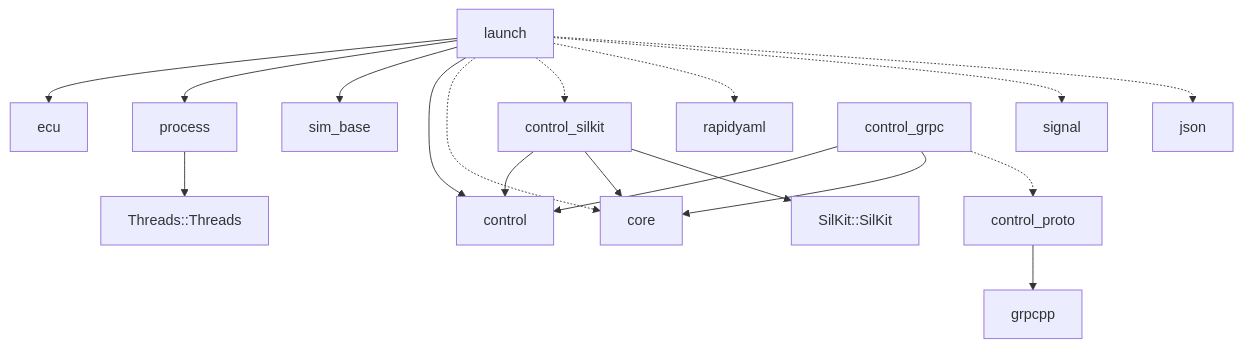
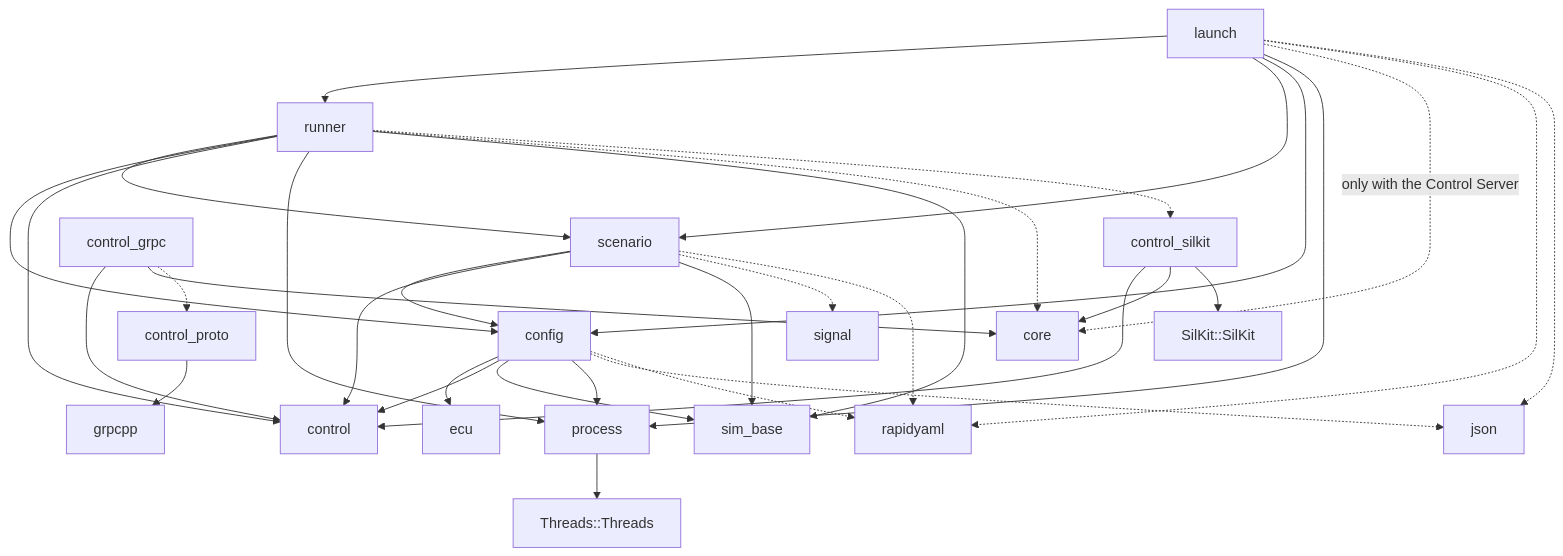
Before and after one commit to rahanahu/vehicle-sil: the diagram in docs/code-map-control.md, drawn with Mermaid. The commit also changed other lines of this file and 127 other files, not shown here.

````diff
--- a/docs/code-map-control.md
+++ b/docs/code-map-control.md
@@ -113,20 +113,36 @@
 ```mermaid
 flowchart TD
-    launch --> ecu
+    launch --> runner
+    launch --> scenario
+    launch --> config
     launch --> process
-    launch --> sim_base
-    launch --> control
-    launch -.-> core
-    launch -.-> control_silkit
+    launch -.->|"only with the Control Server"| core
     launch -.-> rapidyaml
-    launch -.-> signal
     launch -.-> json
+    runner --> scenario
+    runner --> config
+    runner --> control
+    runner --> process
+    runner --> sim_base
+    runner -.-> core
+    runner -.-> control_silkit
+    scenario --> config
+    scenario --> control
+    scenario --> sim_base
+    scenario -.-> signal
+    scenario -.-> rapidyaml
+    config --> ecu
+    config --> control
+    config --> sim_base
+    config --> process
+    config -.-> json
+    config -.-> rapidyaml
     process --> Threads["Threads::Threads"]
     control_silkit --> control
     control_silkit --> core
     control_silkit --> SilKit["SilKit::SilKit"]
     control_grpc --> control
     control_grpc --> core
     control_grpc -.-> control_proto
     control_proto --> grpcpp
 ```
````
